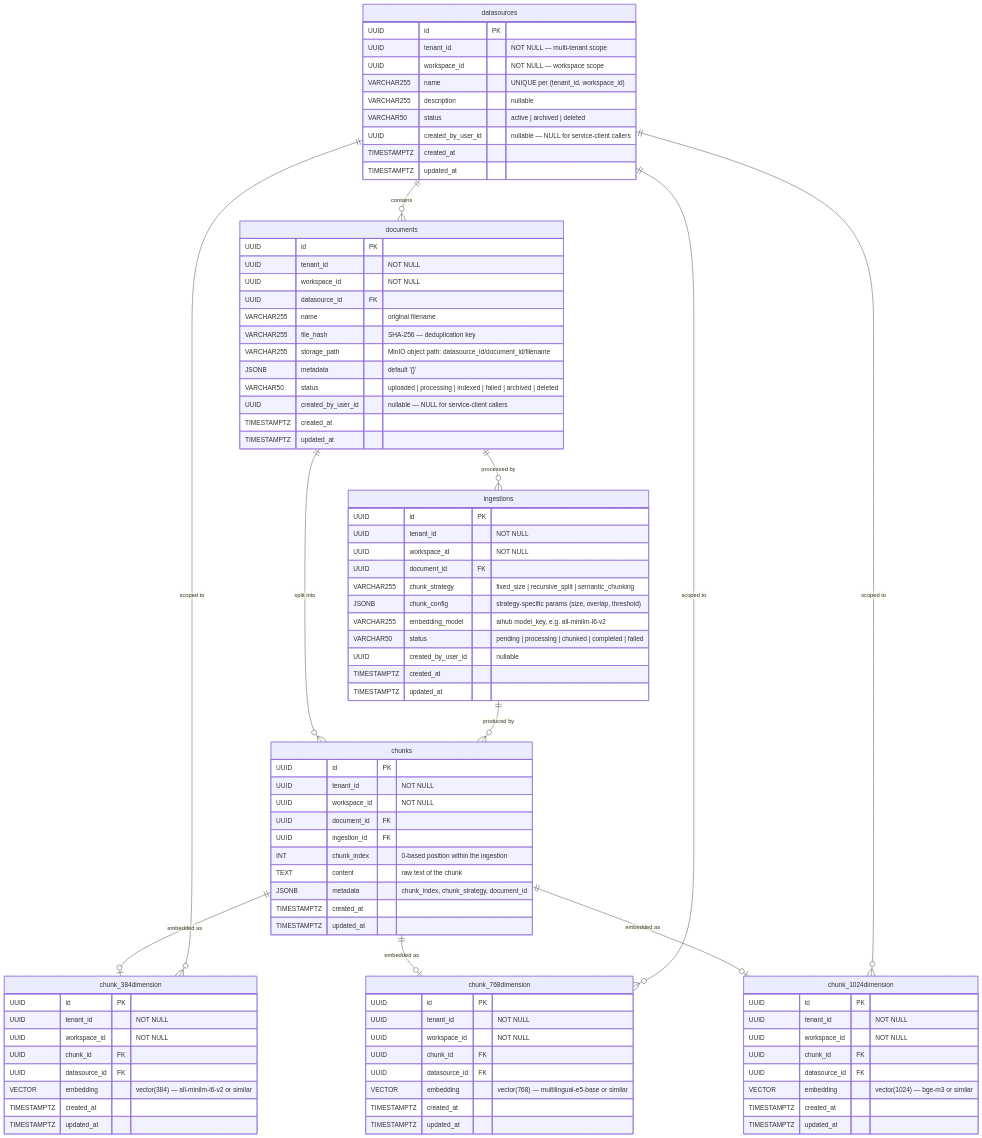
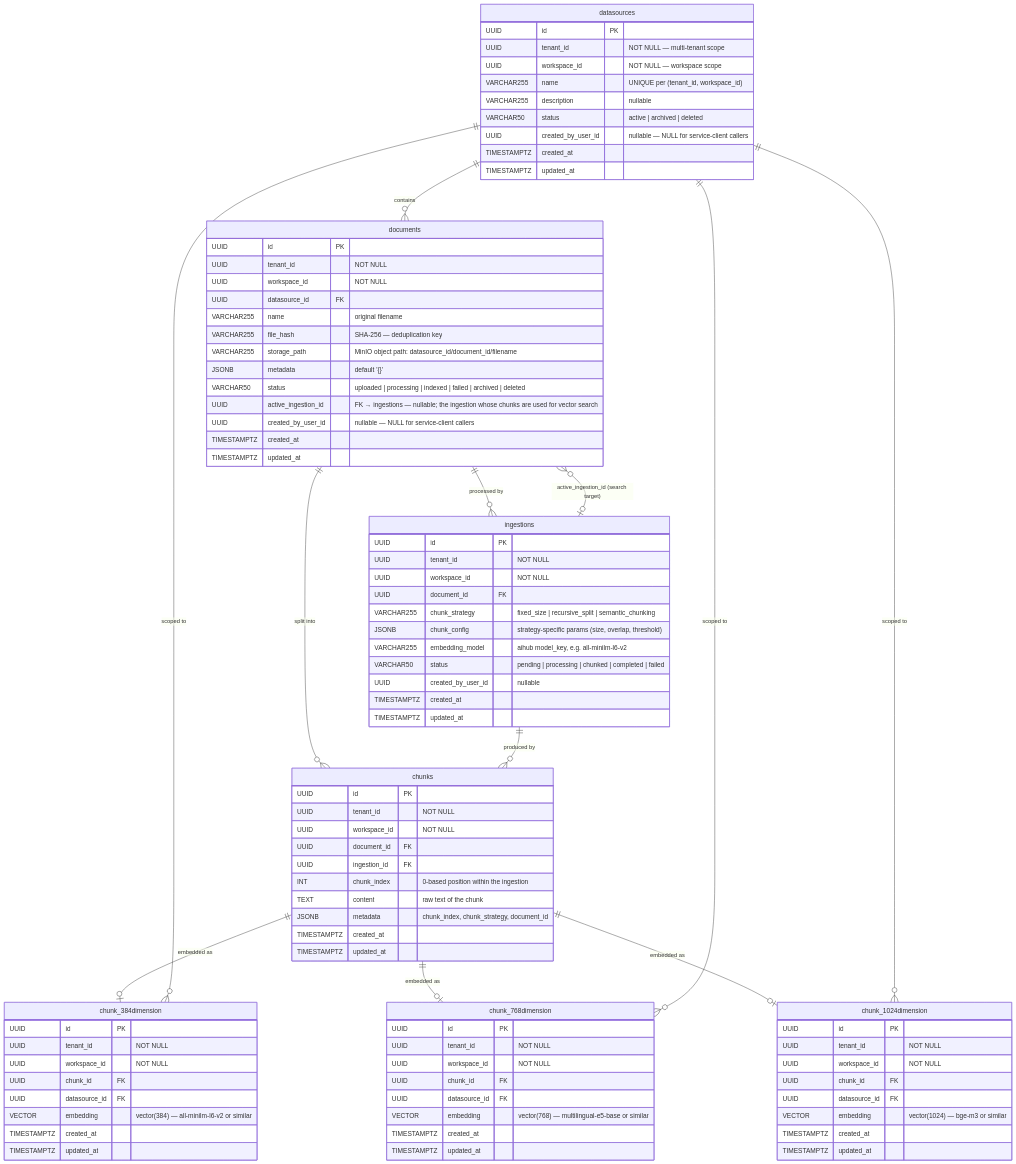
The diagram in docs/architecture/datahub/database.md (Andrew-Bu1/Agent-Platform), drawn with Mermaid before and after one commit. The commit also changed other lines of this file and 6 other files, not shown here.

```diff
--- a/docs/architecture/datahub/database.md
+++ b/docs/architecture/datahub/database.md
@@ -24,6 +24,7 @@
         VARCHAR255  storage_path        "MinIO object path: datasource_id/document_id/filename"
         JSONB       metadata            "default '{}'"
         VARCHAR50   status              "uploaded | processing | indexed | failed | archived | deleted"
+        UUID        active_ingestion_id "FK → ingestions — nullable; the ingestion whose chunks are used for vector search"
         UUID        created_by_user_id  "nullable — NULL for service-client callers"
         TIMESTAMPTZ created_at
         TIMESTAMPTZ updated_at
@@ -91,6 +92,7 @@
 
     datasources ||--o{ documents : "contains"
     documents ||--o{ ingestions : "processed by"
+    documents }o--o| ingestions : "active_ingestion_id (search target)"
     documents ||--o{ chunks : "split into"
     ingestions ||--o{ chunks : "produced by"
     chunks ||--o| chunk_384dimension : "embedded as"
```
